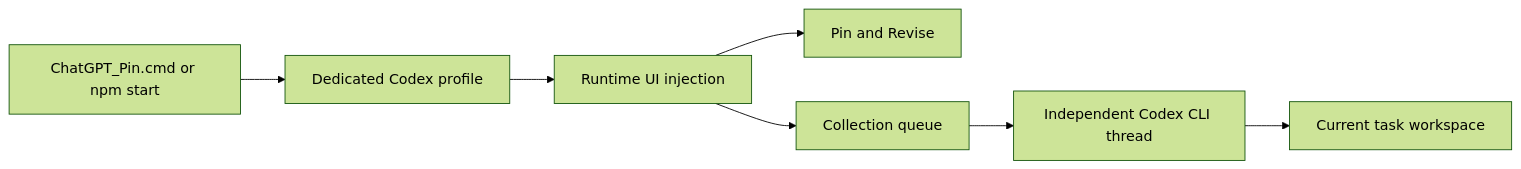
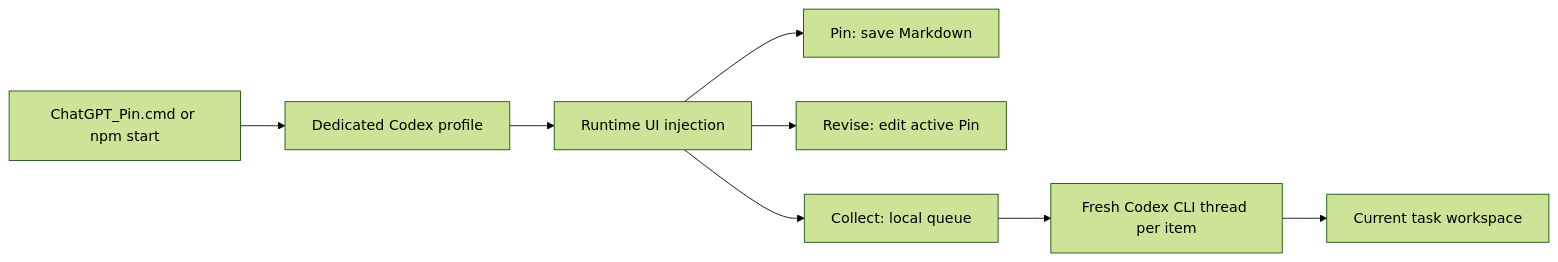
One commit to Ace199/codex_pin_cdp changed the diagram in README.md. Above: the diagram before and after it, drawn with Mermaid (forest theme). The commit also changed other lines of this file, not shown here.

````diff
--- a/README.md
+++ b/README.md
@@ -112,9 +123,10 @@
 ```mermaid
 flowchart LR
     A[ChatGPT_Pin.cmd or npm start] --> B[Dedicated Codex profile]
     B --> C[Runtime UI injection]
-    C --> D[Pin and Revise]
-    C --> E[Collection queue]
-    E --> F[Independent Codex CLI thread]
-    F --> G[Current task workspace]
+    C --> D[Pin: save Markdown]
+    C --> E[Revise: edit active Pin]
+    C --> F[Collect: local queue]
+    F --> G[Fresh Codex CLI thread per item]
+    G --> H[Current task workspace]
 ```
````
